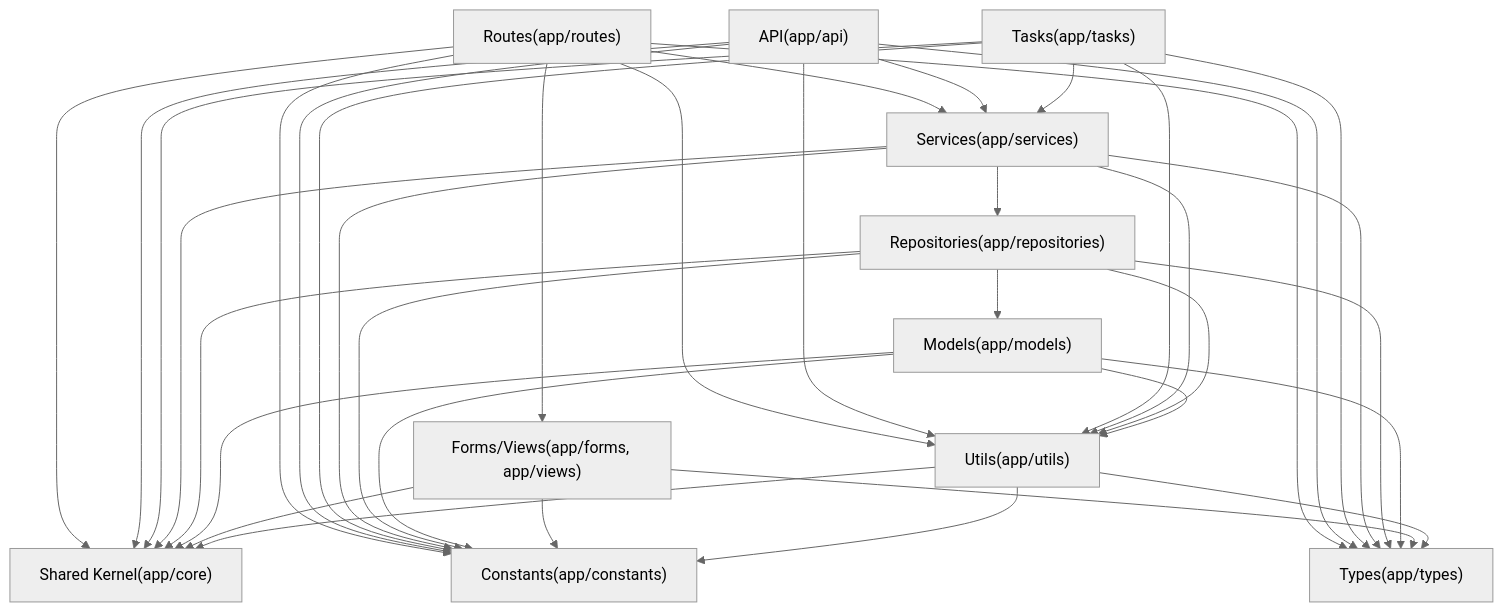
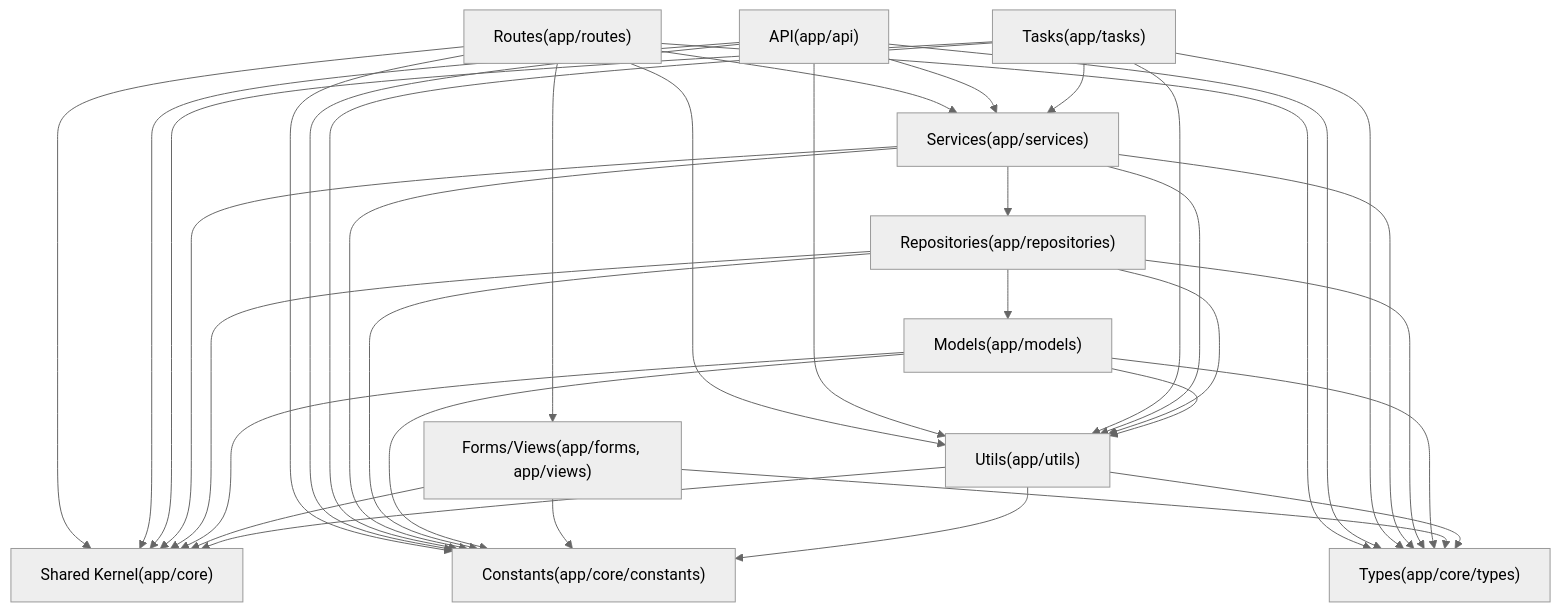
Before and after one commit to nyealovey/WhaleFall: the diagram in docs/Obsidian/standards/backend/layer/README.md, drawn with Mermaid (neutral theme). The commit also changed other lines of this file and 316 other files, not shown here.

````diff
--- a/docs/Obsidian/standards/backend/layer/README.md
+++ b/docs/Obsidian/standards/backend/layer/README.md
@@ -25,24 +25,24 @@
 ```mermaid
 graph TD
   Routes["Routes(app/routes)"]
   API["API(app/api)"]
   Tasks["Tasks(app/tasks)"]
   Services["Services(app/services)"]
   Repositories["Repositories(app/repositories)"]
   Models["Models(app/models)"]
   FormsViews["Forms/Views(app/forms, app/views)"]
   Utils["Utils(app/utils)"]
   SharedKernel["Shared Kernel(app/core)"]
-  Constants["Constants(app/constants)"]
-  Types["Types(app/types)"]
+  Constants["Constants(app/core/constants)"]
+  Types["Types(app/core/types)"]
 
   Routes --> Services & FormsViews & Utils
   API --> Services & Utils
   Tasks --> Services & Utils
   Services --> Repositories & Utils
   Repositories --> Models & Utils
   Models --> Utils
   Routes & API & Tasks & Services & Repositories & Models & FormsViews & Utils --> SharedKernel
   Routes & API & Tasks & Services & Repositories & Models & FormsViews & Utils --> Constants
   Routes & API & Tasks & Services & Repositories & Models & FormsViews & Utils --> Types
 ```
````
